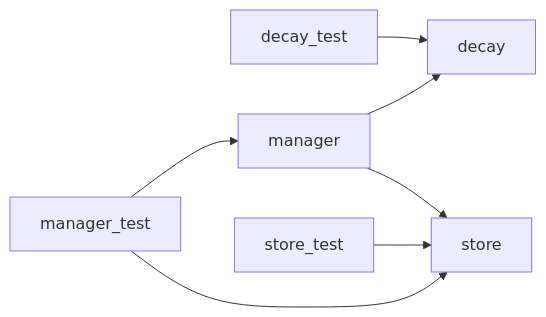
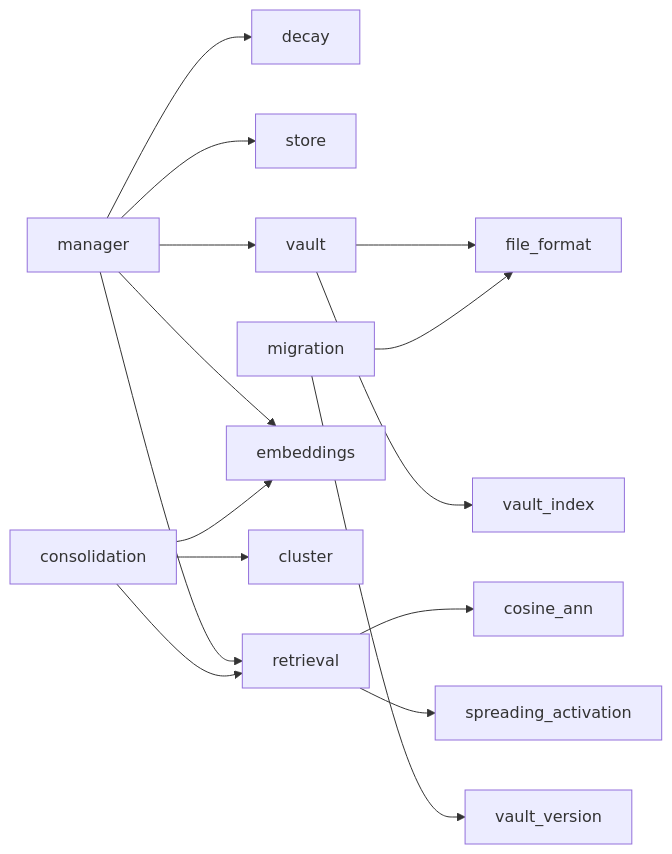
The diagram in documentation/generated/memory.md (windagency/valora.ai), drawn with Mermaid before and after one commit. The commit also changed other lines of this file and 111 other files, not shown here.

````diff
--- a/documentation/generated/memory.md
+++ b/documentation/generated/memory.md
@@ -7,9 +9,17 @@
 ```mermaid
 graph LR
-  decay_test --> decay
-  manager_test --> manager
-  manager_test --> store
-  store_test --> store
   manager --> decay
   manager --> store
+  manager --> vault
+  manager --> retrieval
+  manager --> embeddings
+  vault --> file_format
+  vault --> vault_index
+  retrieval --> cosine_ann
+  retrieval --> spreading_activation
+  consolidation --> cluster
+  consolidation --> retrieval
+  consolidation --> embeddings
+  migration --> file_format
+  migration --> vault_version
 ```
````
